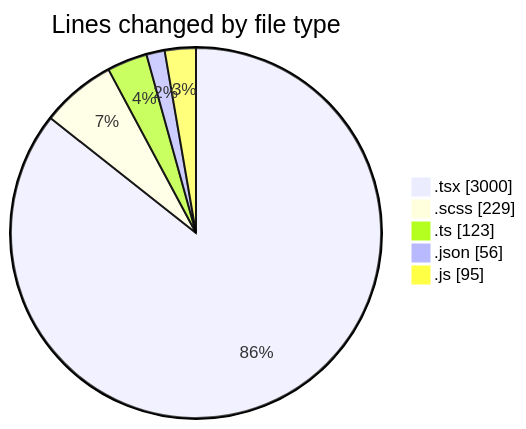
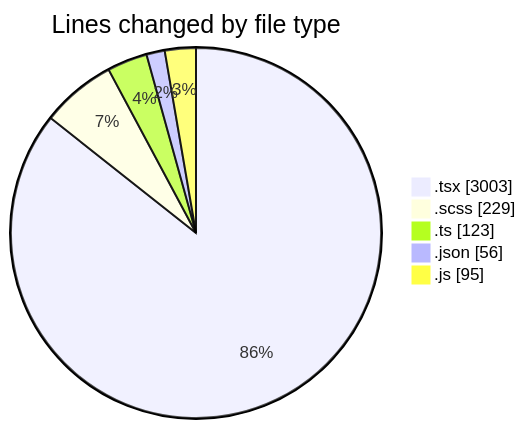
Before and after one commit to momahboobian/code-tracking: the first of 2 diagrams in 2026-10-30/cda/README.md, drawn with Mermaid. The commit also changed other lines of this file and 1 other file, not shown here.

````diff
--- a/2026-10-30/cda/README.md
+++ b/2026-10-30/cda/README.md
@@ -41,9 +41,9 @@
 ```mermaid
 pie showData
 title Lines changed by file type
-".tsx" : 3000
+".tsx" : 3003
 ".scss" : 229
 ".ts" : 123
 ".json" : 56
 ".js" : 95
 ```
````
